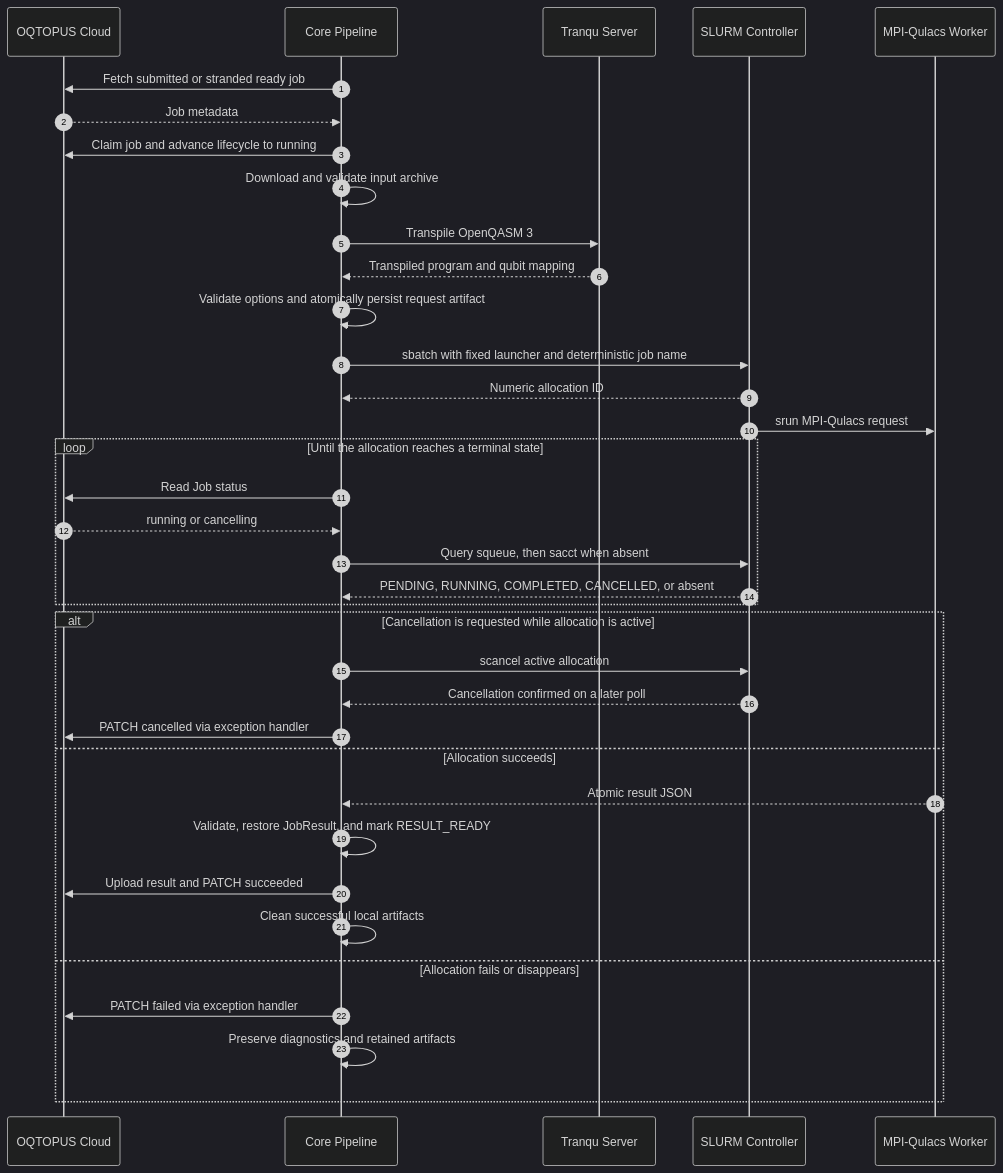
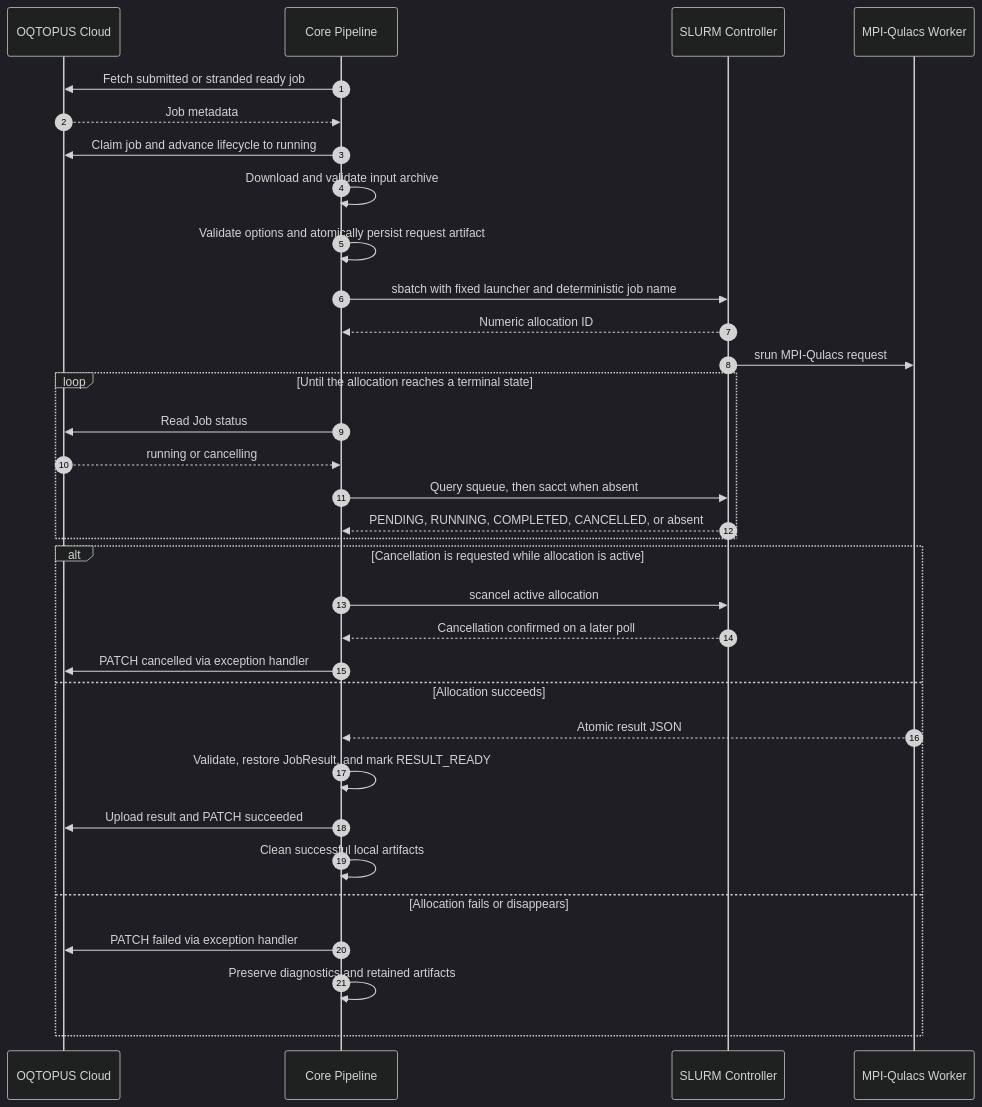
One commit to oqtopus-team/oqtopus-engine changed the first of 2 diagrams in docs/features/slurm_simulator/overview.md. Above: the diagram before and after it, drawn with Mermaid (dark theme). The commit also changed other lines of this file and 2 other files, not shown here.

Commit message:
refactor(core): remove unused tranqu_step from simulator pipeline

````diff
--- a/docs/features/slurm_simulator/overview.md
+++ b/docs/features/slurm_simulator/overview.md
@@ -43,41 +44,38 @@
 ```mermaid
 sequenceDiagram
     autonumber
     participant Cloud as OQTOPUS Cloud
     participant Core as Core Pipeline
-    participant Tranqu as Tranqu Server
     participant Slurm as SLURM Controller
     participant Worker as MPI-Qulacs Worker
 
     Core->>Cloud: Fetch submitted or stranded ready job
     Cloud-->>Core: Job metadata
     Core->>Cloud: Claim job and advance lifecycle to running
     Core->>Core: Download and validate input archive
-    Core->>Tranqu: Transpile OpenQASM 3
-    Tranqu-->>Core: Transpiled program and qubit mapping
     Core->>Core: Validate options and atomically persist request artifact
     Core->>Slurm: sbatch with fixed launcher and deterministic job name
     Slurm-->>Core: Numeric allocation ID
     Slurm->>Worker: srun MPI-Qulacs request
 
     loop Until the allocation reaches a terminal state
       Core->>Cloud: Read Job status
       Cloud-->>Core: running or cancelling
       Core->>Slurm: Query squeue, then sacct when absent
       Slurm-->>Core: PENDING, RUNNING, COMPLETED, CANCELLED, or absent
     end
 
     alt Cancellation is requested while allocation is active
         Core->>Slurm: scancel active allocation
       Slurm-->>Core: Cancellation confirmed on a later poll
       Core->>Cloud: PATCH cancelled via exception handler
     else Allocation succeeds
         Worker-->>Core: Atomic result JSON
       Core->>Core: Validate, restore JobResult, and mark RESULT_READY
       Core->>Cloud: Upload result and PATCH succeeded
         Core->>Core: Clean successful local artifacts
     else Allocation fails or disappears
       Core->>Cloud: PATCH failed via exception handler
         Core->>Core: Preserve diagnostics and retained artifacts
     end
 ```
````
